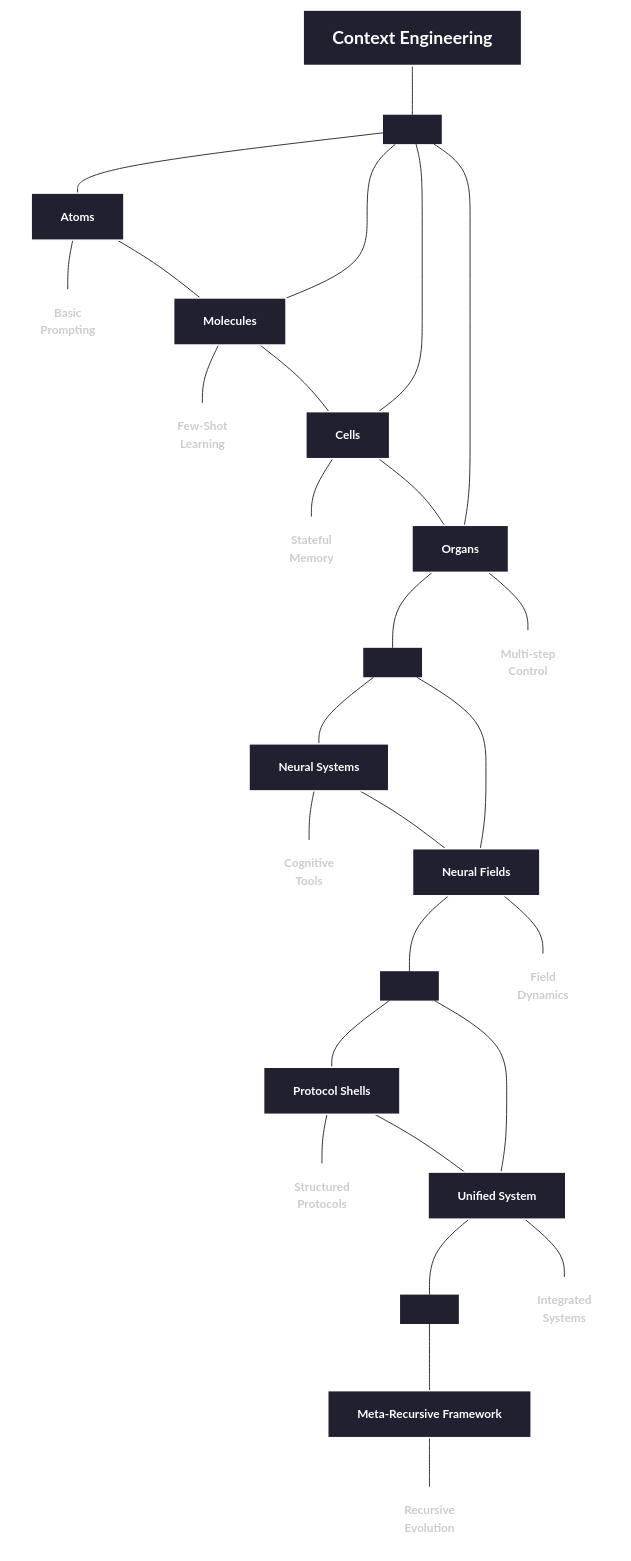
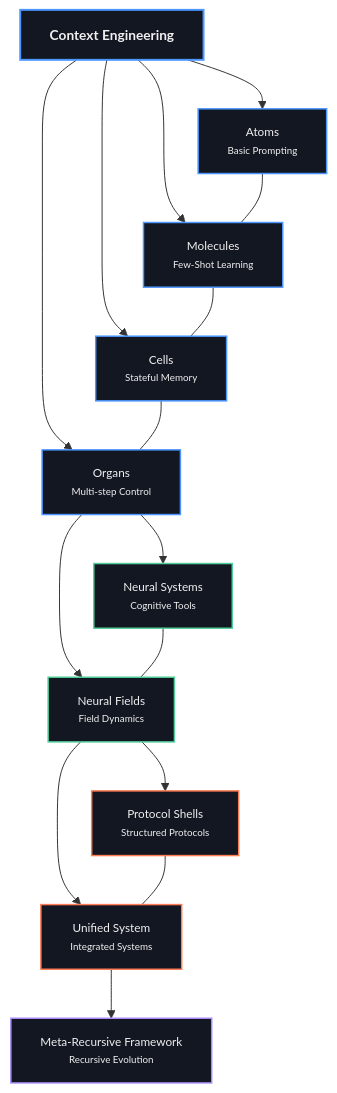
Before and after one commit to xuhaodev/Context-Engineering: the diagram in 00_foundations/README.md, drawn with Mermaid.

````diff
--- a/00_foundations/README.md
+++ b/00_foundations/README.md
@@ -32,87 +32,37 @@
 ```mermaid
 graph TD
-    %% Node styling for ASCII-inspired diagram
-    classDef root fill:#202030,stroke:#ffffff,stroke-width:2px,color:#ffffff,font-weight:bold,font-size:18px
-    classDef box fill:#202030,stroke:#ffffff,stroke-width:1.5px,color:#ffffff,font-weight:bold
-    classDef label fill:none,stroke:none,color:#cccccc,font-size:12px
+    %% Minimal styling with clear level distinction
+    classDef root fill:#131722,stroke:#4b96ff,stroke-width:2px,color:#f0f0f0,font-weight:bold,font-size:14px
+    classDef level1 fill:#131722,stroke:#4b96ff,stroke-width:1.5px,color:#f0f0f0,font-weight:normal,font-size:12px
+    classDef level2 fill:#131722,stroke:#50cf9a,stroke-width:1.5px,color:#f0f0f0,font-weight:normal,font-size:12px
+    classDef level3 fill:#131722,stroke:#ff7d55,stroke-width:1.5px,color:#f0f0f0,font-weight:normal,font-size:12px
+    classDef level4 fill:#131722,stroke:#a78bfa,stroke-width:1.5px,color:#f0f0f0,font-weight:normal,font-size:12px
     
     %% Root node
-    ROOT["Context Engineering"]:::root
+    CE["Context Engineering"]:::root
     
-    %% Level lines
-    L1["  "]:::label
-    L2["  "]:::label
-    L3["  "]:::label
-    L4["  "]:::label
+    %% Extremely compact level structure - all nodes with integrated labels
+    A1["Atoms<br><font size=1>Basic Prompting</font>"]:::level1
+    B1["Molecules<br><font size=1>Few-Shot Learning</font>"]:::level1
+    C1["Cells<br><font size=1>Stateful Memory</font>"]:::level1
+    D1["Organs<br><font size=1>Multi-step Control</font>"]:::level1
     
-    %% Core boxes - Level 1
-    BOX1A["Atoms"]:::box
-    BOX1B["Molecules"]:::box
-    BOX1C["Cells"]:::box
-    BOX1D["Organs"]:::box
+    A2["Neural Systems<br><font size=1>Cognitive Tools</font>"]:::level2
+    B2["Neural Fields<br><font size=1>Field Dynamics</font>"]:::level2
     
-    %% Core boxes - Level 2
-    BOX2A["Neural Systems"]:::box
-    BOX2B["Neural Fields"]:::box
+    A3["Protocol Shells<br><font size=1>Structured Protocols</font>"]:::level3
+    B3["Unified System<br><font size=1>Integrated Systems</font>"]:::level3
     
-    %% Core boxes - Level 3
-    BOX3A["Protocol Shells"]:::box
-    BOX3B["Unified System"]:::box
+    M4["Meta-Recursive Framework<br><font size=1>Recursive Evolution</font>"]:::level4
     
-    %% Core box - Level 4
-    BOX4["Meta-Recursive Framework"]:::box
+    %% Minimal required connections
+    CE --> A1 & B1 & C1 & D1
+    D1 --> A2 & B2
+    B2 --> A3 & B3
+    B3 --> M4
     
-    %% Hierarchical connections
-    ROOT --- L1
-    L1 --- BOX1A & BOX1B & BOX1C & BOX1D
-    L2 --- BOX2A & BOX2B
-    L3 --- BOX3A & BOX3B
-    L4 --- BOX4
-    
-    %% Vertical connections
-    BOX1D --- L2
-    BOX2B --- L3
-    BOX3B --- L4
-    
-    %% Clear labels below boxes
-    LABEL1A["Basic<br>Prompting"]:::label
-    LABEL1B["Few-Shot<br>Learning"]:::label
-    LABEL1C["Stateful<br>Memory"]:::label
-    LABEL1D["Multi-step<br>Control"]:::label
-    
-    BOX1A --- LABEL1A
-    BOX1B --- LABEL1B
-    BOX1C --- LABEL1C
-    BOX1D --- LABEL1D
-    
-    %% Level 2 labels
-    LABEL2A["Cognitive<br>Tools"]:::label
-    LABEL2B["Field<br>Dynamics"]:::label
-    
-    BOX2A --- LABEL2A
-    BOX2B --- LABEL2B
-    
-    %% Level 3 labels
-    LABEL3A["Structured<br>Protocols"]:::label
-    LABEL3B["Integrated<br>Systems"]:::label
-    
-    BOX3A --- LABEL3A
-    BOX3B --- LABEL3B
-    
-    %% Level 4 label
-    LABEL4["Recursive<br>Evolution"]:::label
-    
-    BOX4 --- LABEL4
-    
-    %% Horizontal connecting lines for each level
-    BOX1A --- BOX1B --- BOX1C --- BOX1D
-    BOX2A --- BOX2B
-    BOX3A --- BOX3B
-    
-    %% Background styling
-    style ROOT fill:#202030,color:#ffffff
-    style L1 fill:#202030,color:#202030
-    style L2 fill:#202030,color:#202030
-    style L3 fill:#202030,color:#202030
-    style L4 fill:#202030,color:#202030
+    %% Horizontal connections (minimal)
+    A1 --- B1 --- C1 --- D1
+    A2 --- B2
+    A3 --- B3
 ```
````
